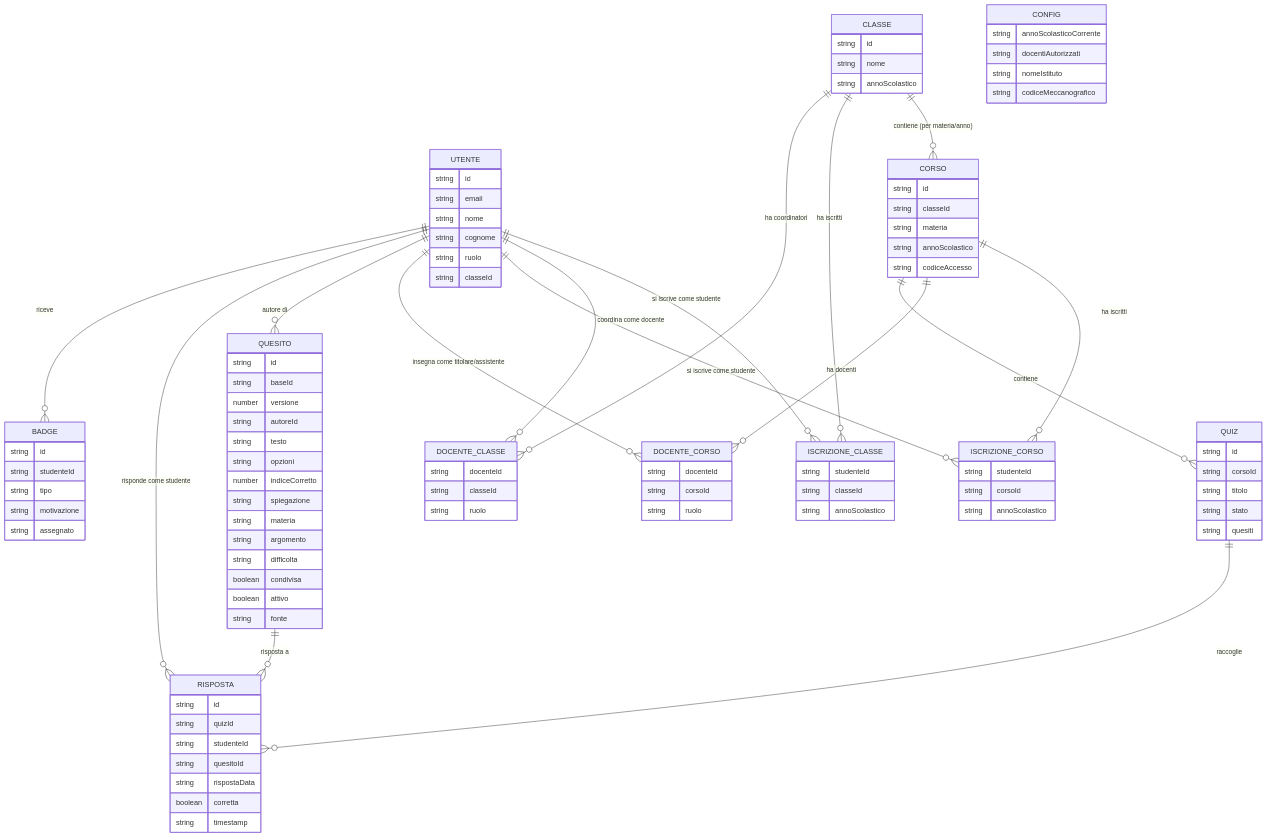
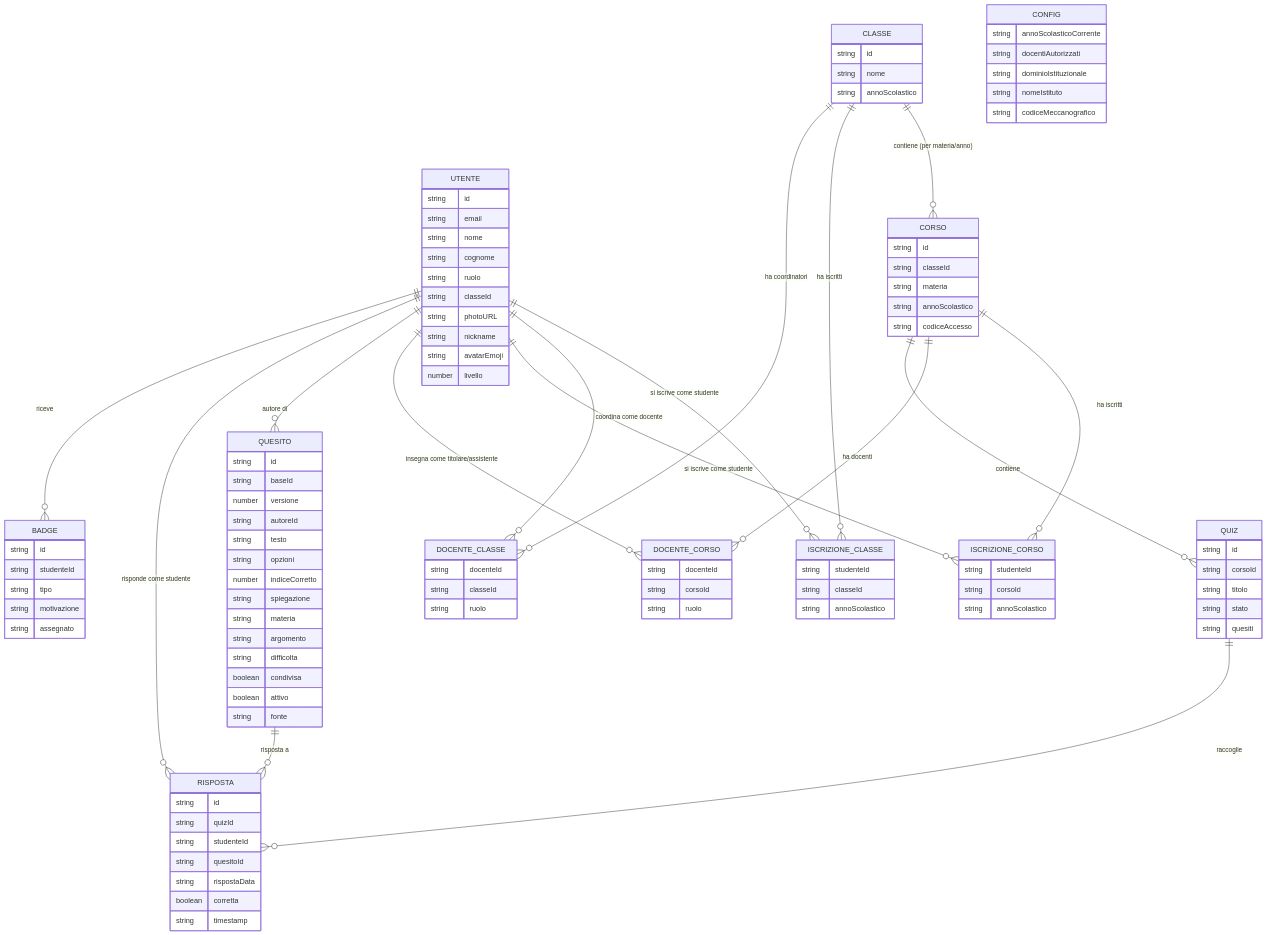
The diagram in docs/isaquiz_ERD.md (trikkulab/isaquiz), drawn with Mermaid before and after one commit. The commit also changed other lines of this file and 5 other files, not shown here.

```diff
--- a/docs/isaquiz_ERD.md
+++ b/docs/isaquiz_ERD.md
@@ -15,6 +15,10 @@
         string cognome
         string ruolo
         string classeId
+        string photoURL
+        string nickname
+        string avatarEmoji
+        number livello
     }
 
     CLASSE {
@@ -58,6 +62,7 @@
     CONFIG {
         string annoScolasticoCorrente
         string docentiAutorizzati
+        string dominioIstituzionale
         string nomeIstituto
         string codiceMeccanografico
     }
```
